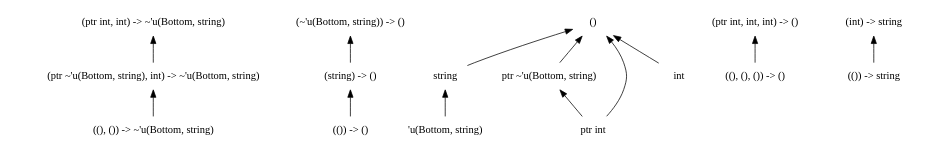
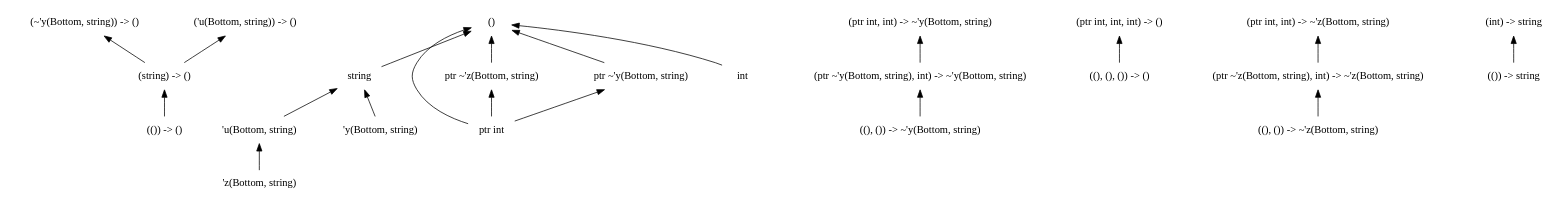
One commit to chocobo333/regino changed the diagram in dots/15.dot. Above: the diagram before and after it, drawn with Graphviz. The commit also changed 29 other files, not shown here.

```diff
--- a/dots/15.dot
+++ b/dots/15.dot
@@ -1,39 +1,53 @@
 digraph order {
   graph [
     size = "30,10"
     ];
   node [
     shape = none
     ];
   edge [
     dir = back
     ];
-  "(ptr int, int) -> ~'u(Bottom, string)"
   "(string) -> ()"
   "(()) -> ()"
   "string"
-  "((), ()) -> ~'u(Bottom, string)"
-  "(ptr ~'u(Bottom, string), int) -> ~'u(Bottom, string)"
   "'u(Bottom, string)"
-  "ptr ~'u(Bottom, string)"
+  "(ptr ~'y(Bottom, string), int) -> ~'y(Bottom, string)"
   "(ptr int, int, int) -> ()"
   "()"
+  "(ptr int, int) -> ~'z(Bottom, string)"
+  "((), ()) -> ~'z(Bottom, string)"
+  "'z(Bottom, string)"
+  "(~'y(Bottom, string)) -> ()"
+  "'y(Bottom, string)"
+  "(ptr int, int) -> ~'y(Bottom, string)"
+  "(ptr ~'z(Bottom, string), int) -> ~'z(Bottom, string)"
   "ptr int"
   "((), (), ()) -> ()"
+  "ptr ~'z(Bottom, string)"
   "(()) -> string"
-  "(~'u(Bottom, string)) -> ()"
+  "('u(Bottom, string)) -> ()"
   "(int) -> string"
+  "ptr ~'y(Bottom, string)"
   "int"
-  "(ptr int, int) -> ~'u(Bottom, string)" -> "(ptr ~'u(Bottom, string), int) -> ~'u(Bottom, string)"
+  "((), ()) -> ~'y(Bottom, string)"
+  "(ptr int, int) -> ~'z(Bottom, string)" -> "(ptr ~'z(Bottom, string), int) -> ~'z(Bottom, string)"
   "(string) -> ()" -> "(()) -> ()"
+  "(~'y(Bottom, string)) -> ()" -> "(string) -> ()"
+  "(ptr int, int) -> ~'y(Bottom, string)" -> "(ptr ~'y(Bottom, string), int) -> ~'y(Bottom, string)"
   "string" -> "'u(Bottom, string)"
-  "(~'u(Bottom, string)) -> ()" -> "(string) -> ()"
-  "(ptr ~'u(Bottom, string), int) -> ~'u(Bottom, string)" -> "((), ()) -> ~'u(Bottom, string)"
+  "string" -> "'y(Bottom, string)"
+  "(ptr ~'z(Bottom, string), int) -> ~'z(Bottom, string)" -> "((), ()) -> ~'z(Bottom, string)"
+  "ptr ~'z(Bottom, string)" -> "ptr int"
+  "('u(Bottom, string)) -> ()" -> "(string) -> ()"
   "(int) -> string" -> "(()) -> string"
-  "ptr ~'u(Bottom, string)" -> "ptr int"
+  "'u(Bottom, string)" -> "'z(Bottom, string)"
+  "(ptr ~'y(Bottom, string), int) -> ~'y(Bottom, string)" -> "((), ()) -> ~'y(Bottom, string)"
+  "ptr ~'y(Bottom, string)" -> "ptr int"
   "(ptr int, int, int) -> ()" -> "((), (), ()) -> ()"
   "()" -> "string"
-  "()" -> "ptr ~'u(Bottom, string)"
+  "()" -> "ptr ~'z(Bottom, string)"
+  "()" -> "ptr ~'y(Bottom, string)"
   "()" -> "int"
   "()" -> "ptr int"
 }
```
